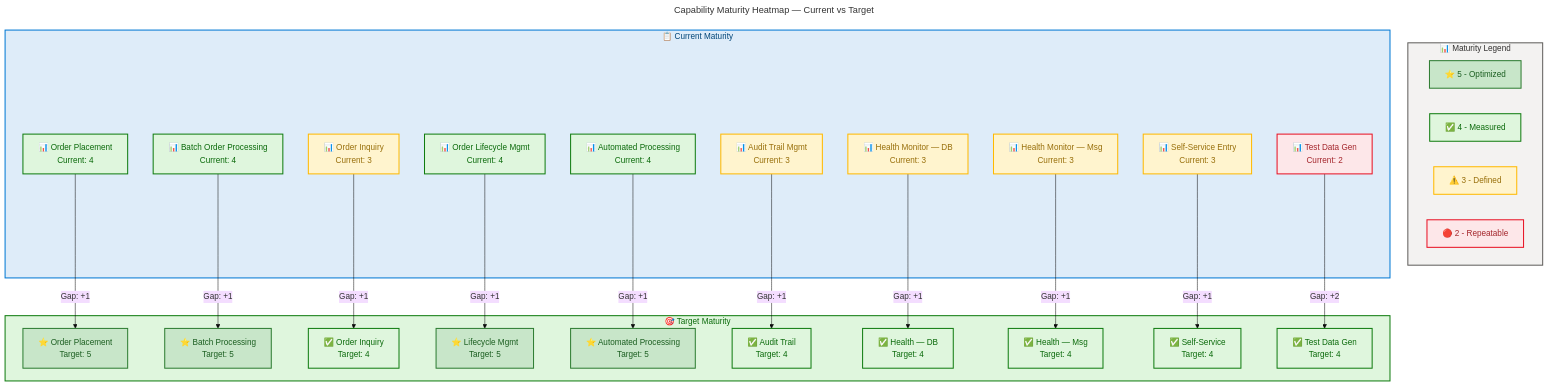
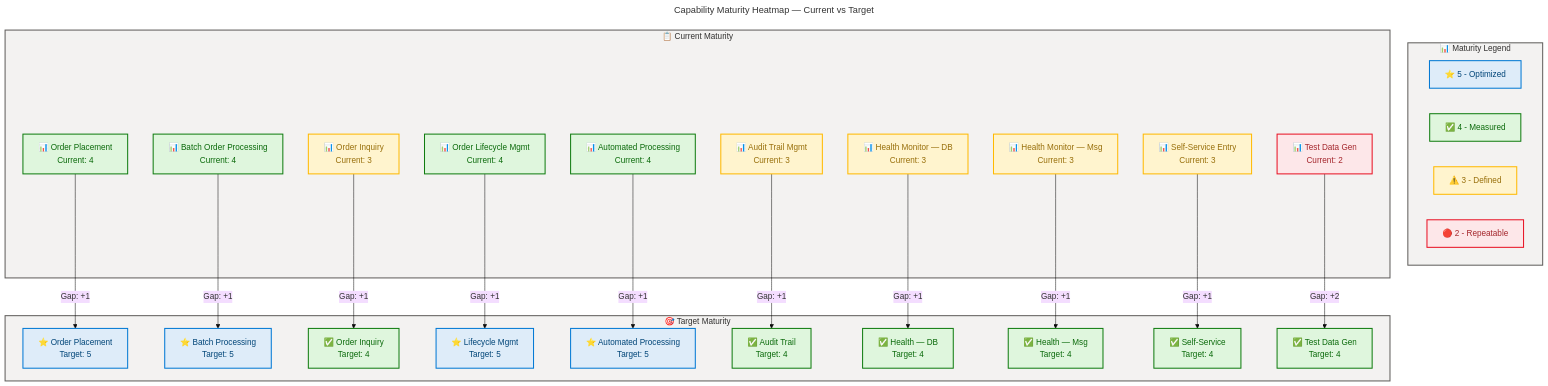
Before and after one commit to Evilazaro/Azure-LogicApps-Monitoring: the second of 6 diagrams in docs/architecture/business-architecture.md, drawn with Mermaid. The commit also changed other lines of this file, not shown here.

Commit message:
Refactor business architecture documentation for improved clarity and consistency

````diff
--- a/docs/architecture/business-architecture.md
+++ b/docs/architecture/business-architecture.md
@@ -387,74 +393,80 @@
 ```mermaid
 ---
 title: Capability Maturity Heatmap — Current vs Target
 config:
   theme: base
   look: classic
   layout: dagre
   themeVariables:
     fontSize: '16px'
   flowchart:
     htmlLabels: true
 ---
 flowchart TB
     accTitle: Capability Maturity Heatmap
-    accDescr: Shows current maturity levels versus target maturity for 10 business capabilities using color-coded indicators from Level 2 (red) through Level 4 (green)
+    accDescr: Shows current maturity levels versus target maturity for 10 business capabilities using color-coded indicators from Level 2 through Level 5
 
     %% ═══════════════════════════════════════════════════════════════════════════
     %% AZURE / FLUENT ARCHITECTURE PATTERN v1.1
     %% (Semantic + Structural + Font + Accessibility Governance)
     %% ═══════════════════════════════════════════════════════════════════════════
+    %% PHASE 1 - STRUCTURAL: Direction explicit, flat topology, nesting ≤ 3
+    %% PHASE 2 - SEMANTIC: Colors justified, max 5 semantic classes, neutral-first
+    %% PHASE 3 - FONT: Dark text on light backgrounds, contrast ≥ 4.5:1
+    %% PHASE 4 - ACCESSIBILITY: accTitle/accDescr present, icons on all nodes
+    %% PHASE 5 - STANDARD: Governance block present, classDefs centralized
+    %% ═══════════════════════════════════════════════════════════════════════════
 
     subgraph Legend["📊 Maturity Legend"]
-        L5["⭐ 5 - Optimized"]:::optimized
+        L5["⭐ 5 - Optimized"]:::core
         L4["✅ 4 - Measured"]:::success
         L3["⚠️ 3 - Defined"]:::warning
         L2["🔴 2 - Repeatable"]:::danger
     end
 
     subgraph CurrentState["📋 Current Maturity"]
         C1["📊 Order Placement<br/>Current: 4"]:::success
         C2["📊 Batch Order Processing<br/>Current: 4"]:::success
         C3["📊 Order Inquiry<br/>Current: 3"]:::warning
         C4["📊 Order Lifecycle Mgmt<br/>Current: 4"]:::success
         C5["📊 Automated Processing<br/>Current: 4"]:::success
         C6["📊 Audit Trail Mgmt<br/>Current: 3"]:::warning
         C7["📊 Health Monitor — DB<br/>Current: 3"]:::warning
         C8["📊 Health Monitor — Msg<br/>Current: 3"]:::warning
         C9["📊 Self-Service Entry<br/>Current: 3"]:::warning
         C10["📊 Test Data Gen<br/>Current: 2"]:::danger
     end
 
     subgraph TargetState["🎯 Target Maturity"]
-        T1["⭐ Order Placement<br/>Target: 5"]:::optimized
-        T2["⭐ Batch Processing<br/>Target: 5"]:::optimized
+        T1["⭐ Order Placement<br/>Target: 5"]:::core
+        T2["⭐ Batch Processing<br/>Target: 5"]:::core
         T3["✅ Order Inquiry<br/>Target: 4"]:::success
-        T4["⭐ Lifecycle Mgmt<br/>Target: 5"]:::optimized
-        T5["⭐ Automated Processing<br/>Target: 5"]:::optimized
+        T4["⭐ Lifecycle Mgmt<br/>Target: 5"]:::core
+        T5["⭐ Automated Processing<br/>Target: 5"]:::core
         T6["✅ Audit Trail<br/>Target: 4"]:::success
         T7["✅ Health — DB<br/>Target: 4"]:::success
         T8["✅ Health — Msg<br/>Target: 4"]:::success
         T9["✅ Self-Service<br/>Target: 4"]:::success
         T10["✅ Test Data Gen<br/>Target: 4"]:::success
     end
 
     C1 -->|"Gap: +1"| T1
     C2 -->|"Gap: +1"| T2
     C3 -->|"Gap: +1"| T3
     C4 -->|"Gap: +1"| T4
     C5 -->|"Gap: +1"| T5
     C6 -->|"Gap: +1"| T6
     C7 -->|"Gap: +1"| T7
     C8 -->|"Gap: +1"| T8
     C9 -->|"Gap: +1"| T9
     C10 -->|"Gap: +2"| T10
 
     style Legend fill:#F3F2F1,stroke:#605E5C,stroke-width:2px,color:#323130
-    style CurrentState fill:#DEECF9,stroke:#0078D4,stroke-width:2px,color:#004578
-    style TargetState fill:#DFF6DD,stroke:#107C10,stroke-width:2px,color:#0B6A0B
+    style CurrentState fill:#F3F2F1,stroke:#605E5C,stroke-width:2px,color:#323130
+    style TargetState fill:#F3F2F1,stroke:#605E5C,stroke-width:2px,color:#323130
 
-    classDef optimized fill:#C8E6C9,stroke:#2E7D32,stroke-width:2px,color:#1B5E20
+    classDef core fill:#DEECF9,stroke:#0078D4,stroke-width:2px,color:#004578
     classDef success fill:#DFF6DD,stroke:#107C10,stroke-width:2px,color:#0B6A0B
     classDef warning fill:#FFF4CE,stroke:#FFB900,stroke-width:2px,color:#986F0B
     classDef danger fill:#FDE7E9,stroke:#E81123,stroke-width:2px,color:#A4262C
 ```
````
